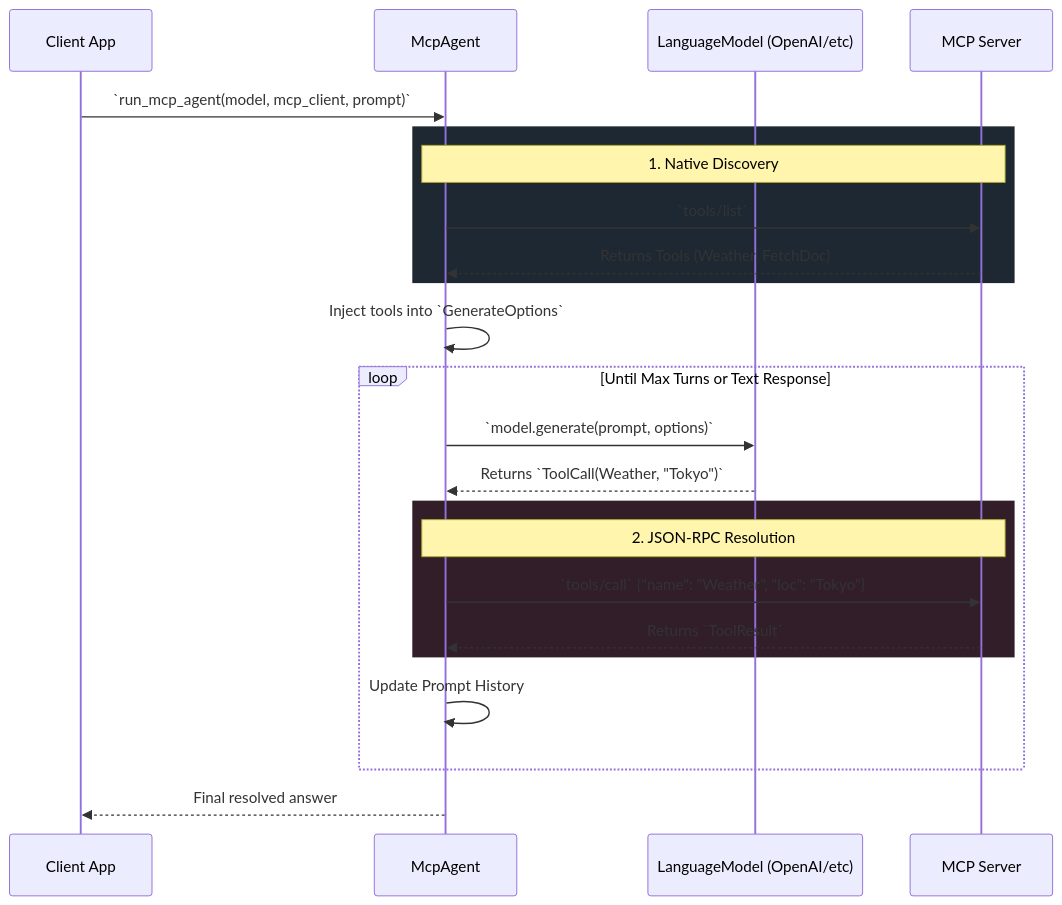
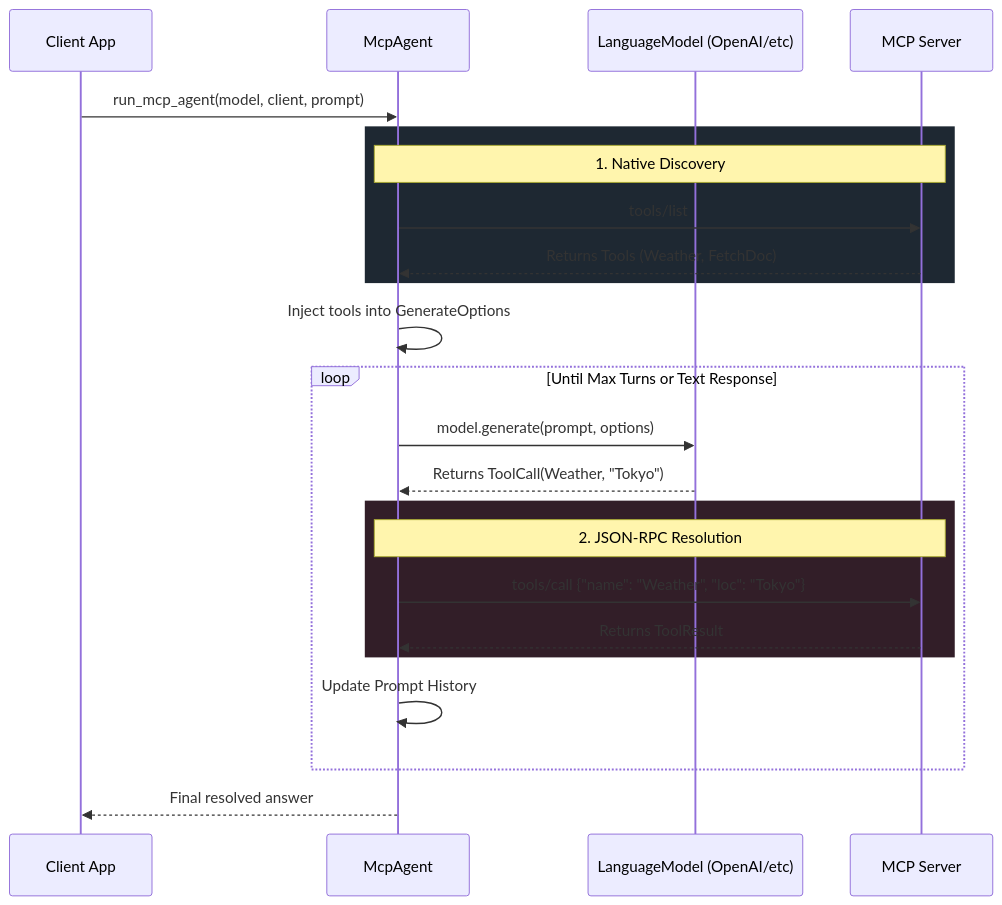
One commit to keyvanarasteh/qai-sdk changed the first of 2 diagrams in docs/mcp.md. Above: the diagram before and after it, drawn with Mermaid. The commit also changed other lines of this file and 8 other files, not shown here.

````diff
--- a/docs/mcp.md
+++ b/docs/mcp.md
@@ -15,32 +105,32 @@
 ```mermaid
 sequenceDiagram
     participant App as Client App
     participant Agent as McpAgent
     participant LLM as LanguageModel (OpenAI/etc)
     participant MCP as MCP Server
 
-    App->>Agent: `run_mcp_agent(model, mcp_client, prompt)`
+    App->>Agent: run_mcp_agent(model, client, prompt)
     
     rect rgb(30, 40, 50)
         Note over Agent, MCP: 1. Native Discovery
-        Agent->>MCP: `tools/list`
+        Agent->>MCP: tools/list
         MCP-->>Agent: Returns Tools (Weather, FetchDoc)
     end
     
-    Agent->>Agent: Inject tools into `GenerateOptions`
+    Agent->>Agent: Inject tools into GenerateOptions
 
     loop Until Max Turns or Text Response
-        Agent->>LLM: `model.generate(prompt, options)`
-        LLM-->>Agent: Returns `ToolCall(Weather, "Tokyo")`
+        Agent->>LLM: model.generate(prompt, options)
+        LLM-->>Agent: Returns ToolCall(Weather, "Tokyo")
         
         rect rgb(50, 30, 40)
             Note over Agent, MCP: 2. JSON-RPC Resolution
-            Agent->>MCP: `tools/call` {"name": "Weather", "loc": "Tokyo"}
-            MCP-->>Agent: Returns `ToolResult`
+            Agent->>MCP: tools/call {"name": "Weather", "loc": "Tokyo"}
+            MCP-->>Agent: Returns ToolResult
         end
         
         Agent->>Agent: Update Prompt History
     end
     
     Agent-->>App: Final resolved answer
 ```
````
